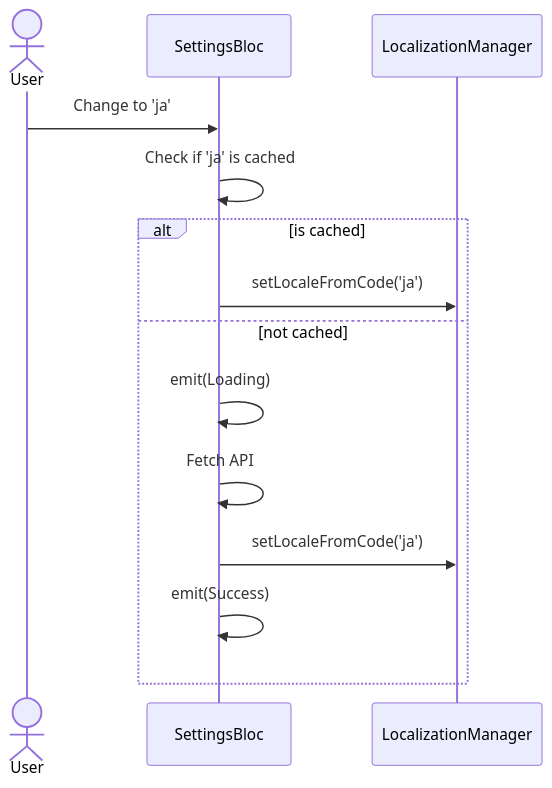
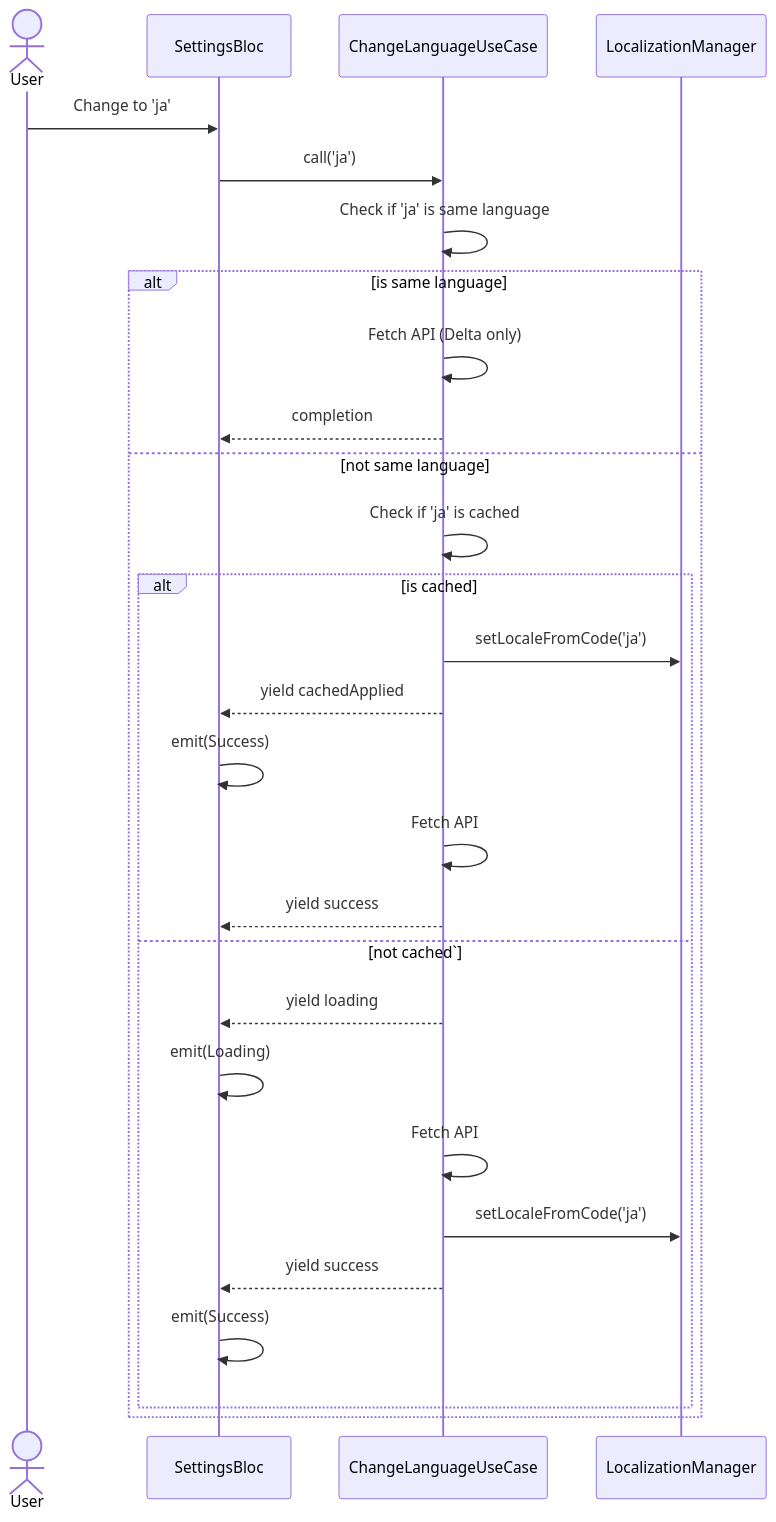
The third of 3 diagrams in .devtool/epic/settings_bugfixes/settings_bugfixes.en.md (DanhDue/bloc_digital_wallet), drawn with Mermaid before and after one commit. The commit also changed other lines of this file and 15 other files, not shown here.

````diff
--- a/.devtool/epic/settings_bugfixes/settings_bugfixes.en.md
+++ b/.devtool/epic/settings_bugfixes/settings_bugfixes.en.md
@@ -45,17 +49,31 @@
 ```mermaid
 sequenceDiagram
     actor User
     participant Bloc as SettingsBloc
+    participant UC as ChangeLanguageUseCase
     participant LM as LocalizationManager
     
     User->>Bloc: Change to 'ja'
-    Bloc->>Bloc: Check if 'ja' is cached
-    alt is cached
-        Bloc->>LM: setLocaleFromCode('ja')
-    else not cached
-        Bloc->>Bloc: emit(Loading)
-        Bloc->>Bloc: Fetch API
-        Bloc->>LM: setLocaleFromCode('ja')
-        Bloc->>Bloc: emit(Success)
+    Bloc->>UC: call('ja')
+    UC->>UC: Check if 'ja' is same language
+    alt is same language
+        UC->>UC: Fetch API (Delta only)
+        UC-->>Bloc: completion
+    else not same language
+        UC->>UC: Check if 'ja' is cached
+        alt is cached
+            UC->>LM: setLocaleFromCode('ja')
+            UC-->>Bloc: yield cachedApplied
+            Bloc->>Bloc: emit(Success)
+            UC->>UC: Fetch API
+            UC-->>Bloc: yield success
+        else not cached`
+            UC-->>Bloc: yield loading
+            Bloc->>Bloc: emit(Loading)
+            UC->>UC: Fetch API
+            UC->>LM: setLocaleFromCode('ja')
+            UC-->>Bloc: yield success
+            Bloc->>Bloc: emit(Success)
+        end
     end
 ```
````
